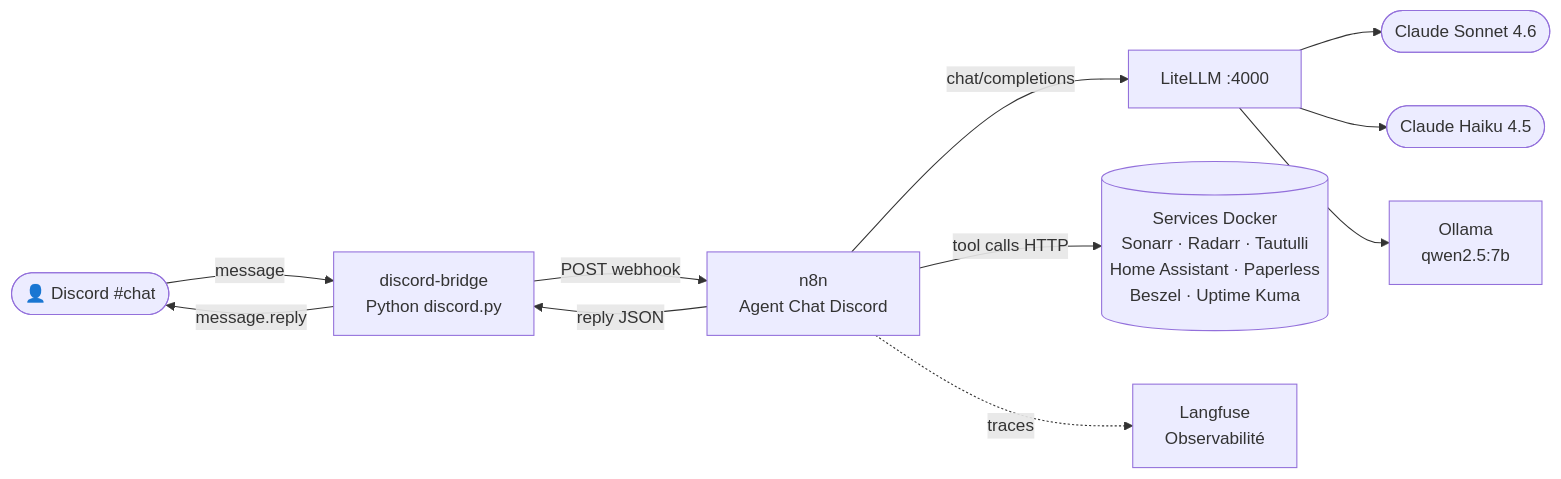
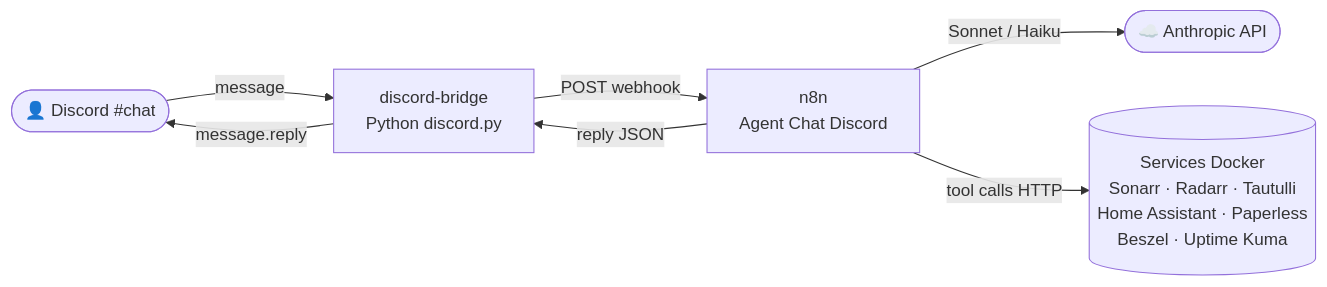
The fifth of 7 diagrams in README.md (Wifsimster/docker-setup), drawn with Mermaid before and after one commit. The commit also changed other lines of this file, not shown here.

````diff
--- a/README.md
+++ b/README.md
@@ -183,13 +187,9 @@
 ```mermaid
 graph LR
     User([👤 Discord #chat]) -->|message| Bridge[discord-bridge\nPython discord.py]
     Bridge -->|POST webhook| n8n[n8n\nAgent Chat Discord]
-    n8n -->|chat/completions| LiteLLM[LiteLLM :4000]
-    LiteLLM --> Sonnet([Claude Sonnet 4.6])
-    LiteLLM --> Haiku([Claude Haiku 4.5])
-    LiteLLM --> Ollama[Ollama\nqwen2.5:7b]
+    n8n -->|Sonnet / Haiku| Anthropic([☁️ Anthropic API])
     n8n -->|tool calls HTTP| Services[(Services Docker\nSonarr · Radarr · Tautulli\nHome Assistant · Paperless\nBeszel · Uptime Kuma)]
     n8n -->|reply JSON| Bridge
     Bridge -->|message.reply| User
-    n8n -.->|traces| Langfuse[Langfuse\nObservabilité]
 ```
````
